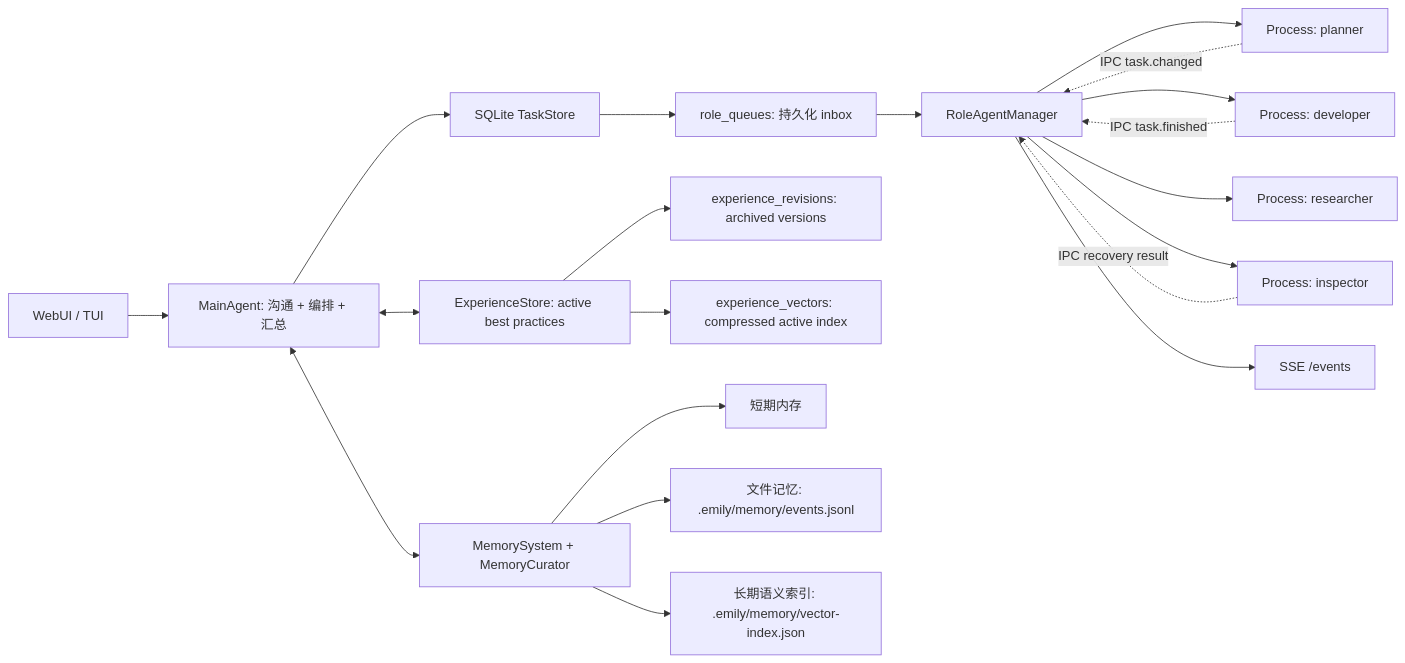
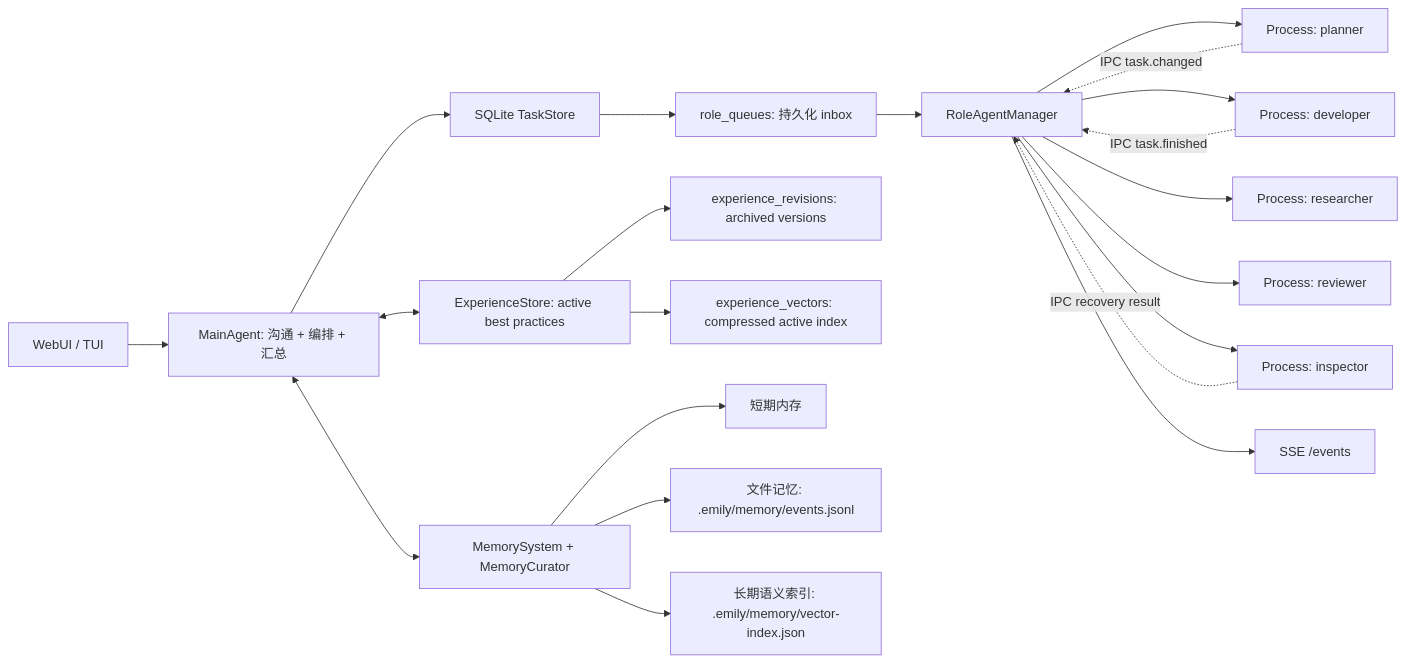
Before and after one commit to yuxin0613/emily-agent: the diagram in README.md, drawn with Mermaid. The commit also changed other lines of this file and 25 other files, not shown here.

````diff
--- a/README.md
+++ b/README.md
@@ -9,22 +9,23 @@
 ```mermaid
 flowchart LR
   UI["WebUI / TUI"] --> Main["MainAgent: 沟通 + 编排 + 汇总"]
   Main --> Store["SQLite TaskStore"]
   Store --> Queue["role_queues: 持久化 inbox"]
   Queue --> Manager["RoleAgentManager"]
   Manager --> Planner["Process: planner"]
   Manager --> Developer["Process: developer"]
   Manager --> Researcher["Process: researcher"]
+  Manager --> Reviewer["Process: reviewer"]
   Manager --> Inspector["Process: inspector"]
   Planner -. "IPC task.changed" .-> Manager
   Developer -. "IPC task.finished" .-> Manager
   Inspector -. "IPC recovery result" .-> Manager
   Manager --> Events["SSE /events"]
   Main <--> Memory["MemorySystem + MemoryCurator"]
   Main <--> Experience["ExperienceStore: active best practices"]
   Experience --> Revisions["experience_revisions: archived versions"]
   Experience --> Compressed["experience_vectors: compressed active index"]
   Memory --> RAM["短期内存"]
   Memory --> File["文件记忆: .emily/memory/events.jsonl"]
   Memory --> Vector["长期语义索引: .emily/memory/vector-index.json"]
 ```
````
